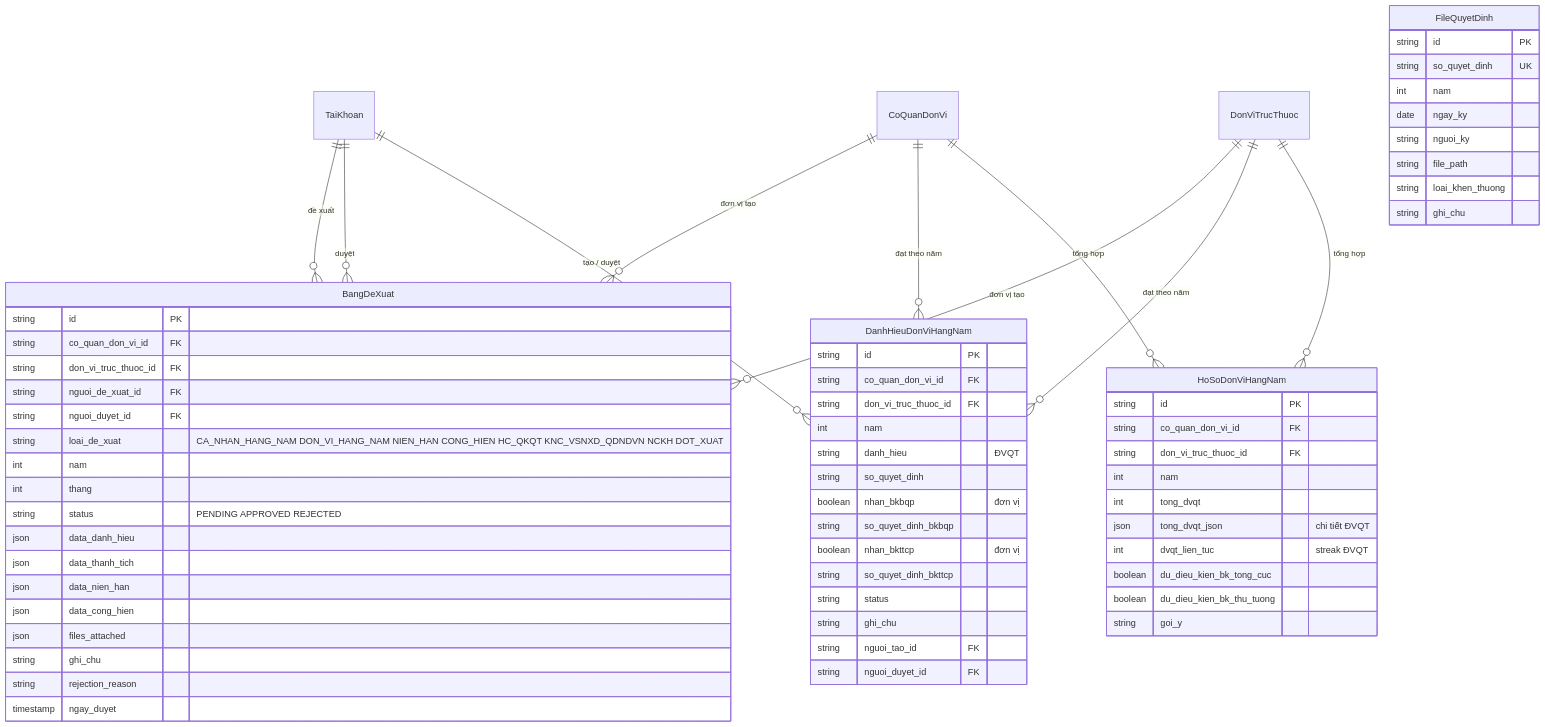
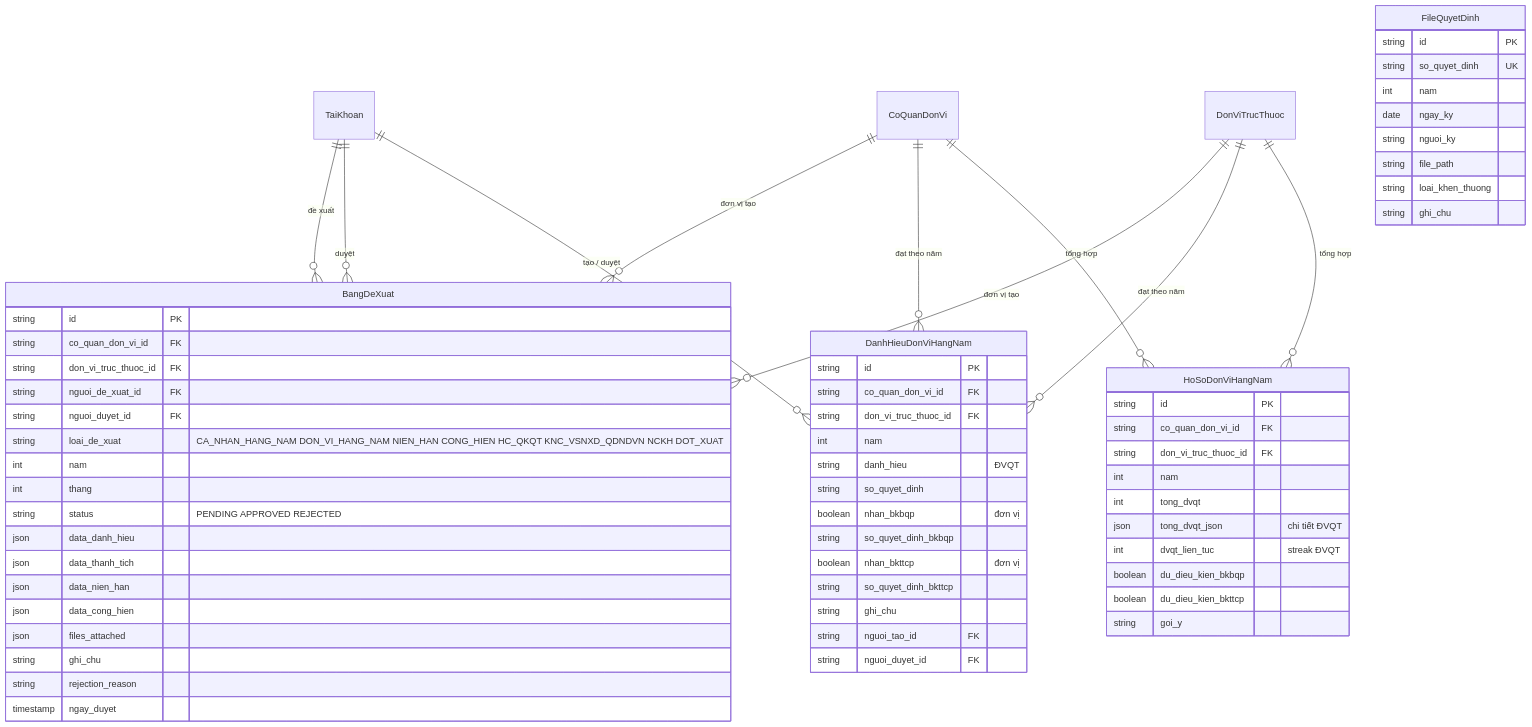
Before and after one commit to tranducbk/DATN_PM_QLKT: the fifth of 6 diagrams in docs/diagrams/06-erd.md, drawn with Mermaid. The commit also changed other lines of this file and 82 other files, not shown here.

````diff
--- a/docs/diagrams/06-erd.md
+++ b/docs/diagrams/06-erd.md
@@ -633,70 +632,69 @@
 ```mermaid
 erDiagram
     TaiKhoan ||--o{ BangDeXuat : "đề xuất"
     TaiKhoan ||--o{ BangDeXuat : "duyệt"
     CoQuanDonVi ||--o{ BangDeXuat : "đơn vị tạo"
     DonViTrucThuoc ||--o{ BangDeXuat : "đơn vị tạo"
     CoQuanDonVi ||--o{ DanhHieuDonViHangNam : "đạt theo năm"
     DonViTrucThuoc ||--o{ DanhHieuDonViHangNam : "đạt theo năm"
     TaiKhoan ||--o{ DanhHieuDonViHangNam : "tạo / duyệt"
     CoQuanDonVi ||--o{ HoSoDonViHangNam : "tổng hợp"
     DonViTrucThuoc ||--o{ HoSoDonViHangNam : "tổng hợp"
 
     BangDeXuat {
         string id PK
         string co_quan_don_vi_id FK
         string don_vi_truc_thuoc_id FK
         string nguoi_de_xuat_id FK
         string nguoi_duyet_id FK
         string loai_de_xuat "CA_NHAN_HANG_NAM DON_VI_HANG_NAM NIEN_HAN CONG_HIEN HC_QKQT KNC_VSNXD_QDNDVN NCKH DOT_XUAT"
         int nam
         int thang
         string status "PENDING APPROVED REJECTED"
         json data_danh_hieu
         json data_thanh_tich
         json data_nien_han
         json data_cong_hien
         json files_attached
         string ghi_chu
         string rejection_reason
         timestamp ngay_duyet
     }
     DanhHieuDonViHangNam {
         string id PK
         string co_quan_don_vi_id FK
         string don_vi_truc_thuoc_id FK
         int nam
         string danh_hieu "ĐVQT"
         string so_quyet_dinh
         boolean nhan_bkbqp "đơn vị"
         string so_quyet_dinh_bkbqp
         boolean nhan_bkttcp "đơn vị"
         string so_quyet_dinh_bkttcp
-        string status
         string ghi_chu
         string nguoi_tao_id FK
         string nguoi_duyet_id FK
     }
     HoSoDonViHangNam {
         string id PK
         string co_quan_don_vi_id FK
         string don_vi_truc_thuoc_id FK
         int nam
         int tong_dvqt
         json tong_dvqt_json "chi tiết ĐVQT"
         int dvqt_lien_tuc "streak ĐVQT"
-        boolean du_dieu_kien_bk_tong_cuc
-        boolean du_dieu_kien_bk_thu_tuong
+        boolean du_dieu_kien_bkbqp
+        boolean du_dieu_kien_bkttcp
         string goi_y
     }
     FileQuyetDinh {
         string id PK
         string so_quyet_dinh UK
         int nam
         date ngay_ky
         string nguoi_ky
         string file_path
         string loai_khen_thuong
         string ghi_chu
     }
 ```
````
